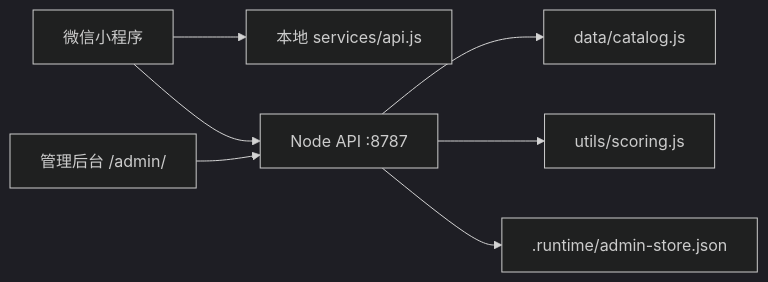
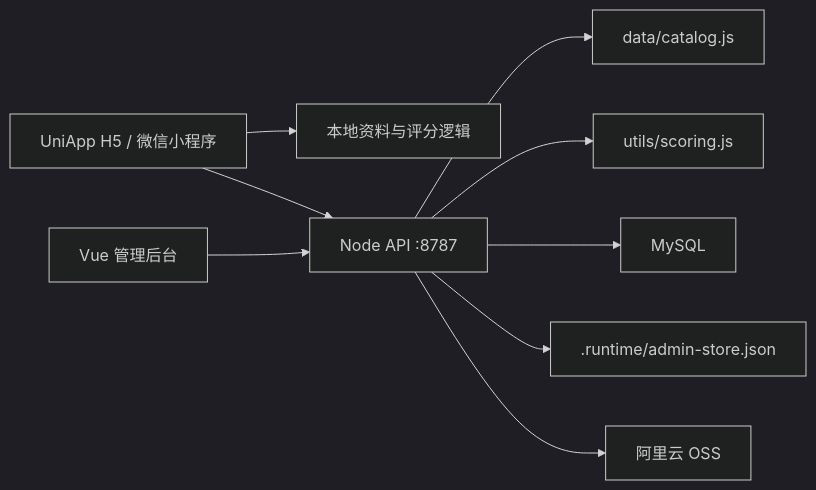
The diagram in docs/ARCHITECTURE.md (namexd/sgzzlb), drawn with Mermaid (dark theme) before and after one commit. The commit also changed other lines of this file and 19 other files, not shown here.

````diff
--- a/docs/ARCHITECTURE.md
+++ b/docs/ARCHITECTURE.md
@@ -13,9 +18,11 @@
 ```mermaid
 flowchart LR
-  Mini["微信小程序"] --> Local["本地 services/api.js"]
-  Mini --> Remote["Node API :8787"]
-  Admin["管理后台 /admin/"] --> Remote
+  H5["UniApp H5 / 微信小程序"] --> Local["本地资料与评分逻辑"]
+  H5 --> Remote["Node API :8787"]
+  Admin["Vue 管理后台"] --> Remote
   Remote --> Catalog["data/catalog.js"]
   Remote --> Score["utils/scoring.js"]
-  Remote --> Store[".runtime/admin-store.json"]
+  Remote --> MySQL["MySQL"]
+  Remote --> Runtime[".runtime/admin-store.json"]
+  Remote --> OSS["阿里云 OSS"]
 ```
````
